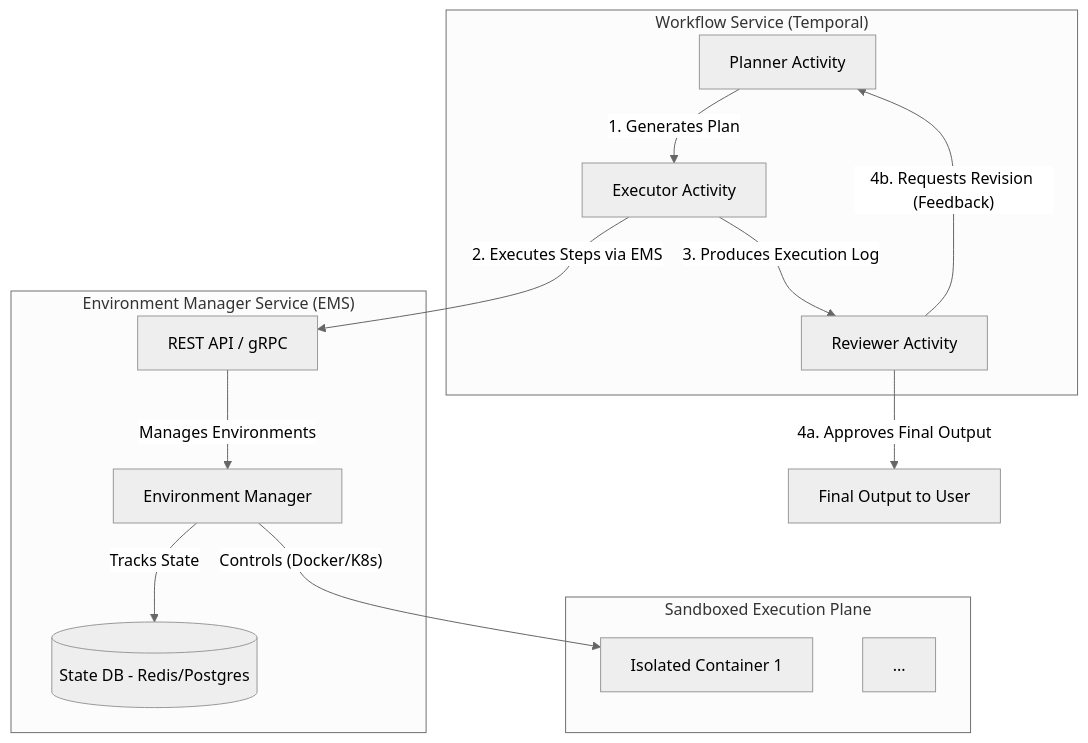
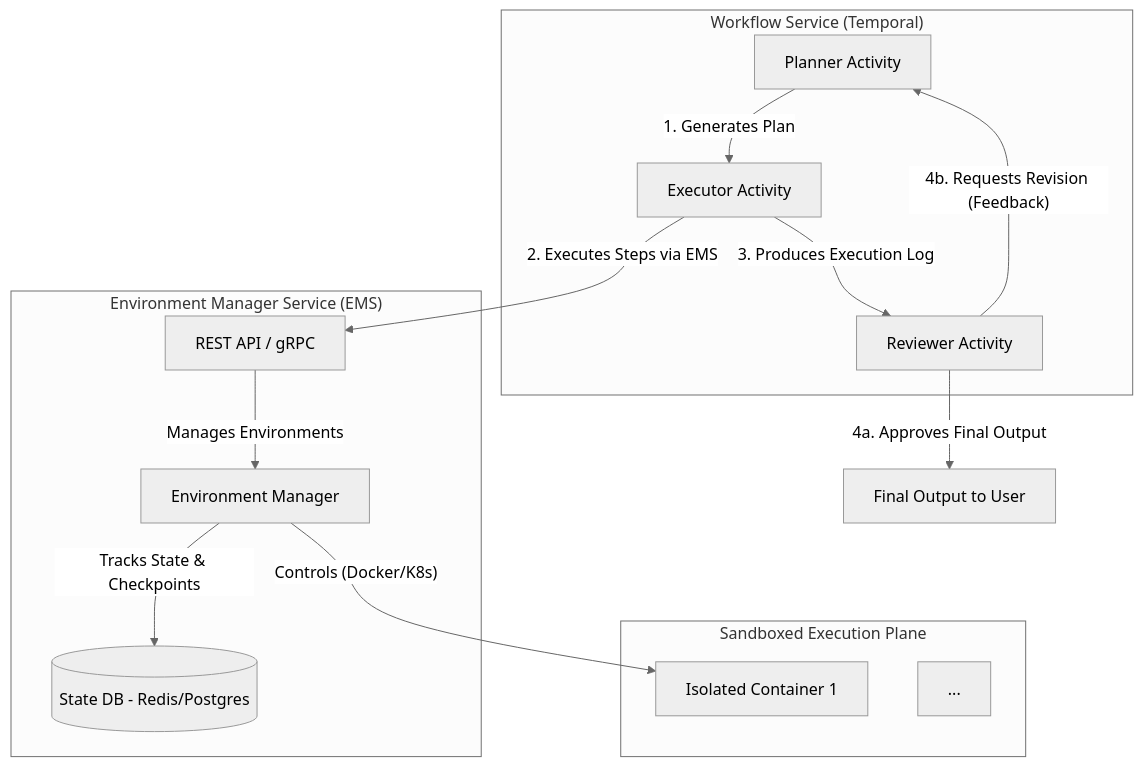
Before and after one commit to yuu-ri/AIDAMI: the diagram in docs/design/IO_Tools_Design.md, drawn with Mermaid (neutral theme). The commit also changed other lines of this file, not shown here.

````diff
--- a/docs/design/IO_Tools_Design.md
+++ b/docs/design/IO_Tools_Design.md
@@ -15,34 +21,33 @@
 ```mermaid
 graph TD
     subgraph "Workflow Service (Temporal)"
         P[Planner Activity]
         E[Executor Activity]
         R[Reviewer Activity]
     end
 
     subgraph "Environment Manager Service (EMS)"
         API[REST API / gRPC]
         EM[Environment Manager]
         DB[(State DB - Redis/Postgres)]
     end
 
     subgraph "Sandboxed Execution Plane"
         Env1[Isolated Container 1]
         Env2[...]
     end
 
     FO[Final Output to User]
 
     %% Main Workflow Loop %%
     P -- "1. Generates Plan" --> E
     E -- "2. Executes Steps via EMS" --> API
     E -- "3. Produces Execution Log" --> R
     R -- "4a. Approves Final Output" --> FO
     R -- "4b. Requests Revision (Feedback)" --> P
 
     %% EMS Internal Flow %%
     API -- "Manages Environments" --> EM
-    EM -- "Tracks State" --> DB
+    EM -- "Tracks State & Checkpoints" --> DB
     EM -- "Controls (Docker/K8s)" --> Env1
-
 ```
````
